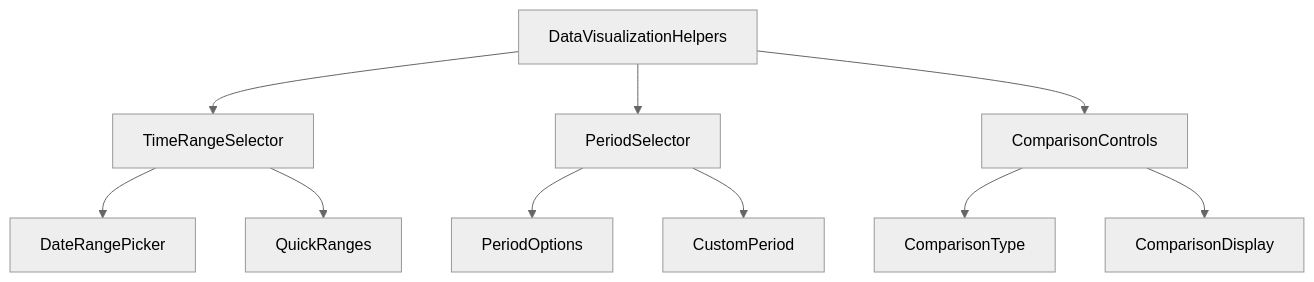
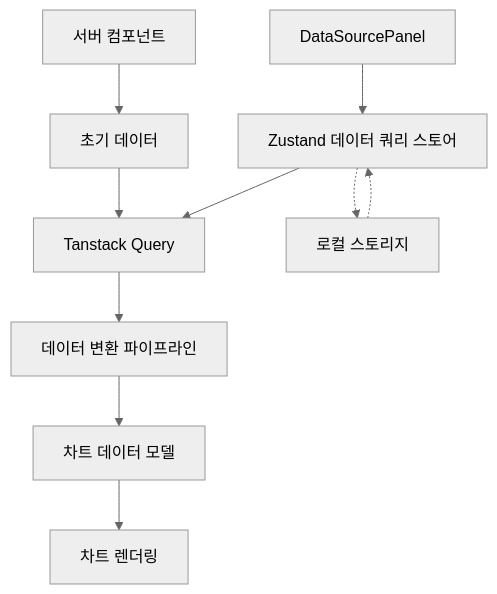
Before and after one commit to Seungwoo321/etorch-docs: the eighth of 14 diagrams in frontend/components/core-components.md, drawn with Mermaid (neutral theme). The commit also changed other lines of this file, not shown here.

Commit message:
docs: 핵심 컴포넌트 설계 문서 수정

````diff
--- a/frontend/components/core-components.md
+++ b/frontend/components/core-components.md
@@ -225,15 +396,14 @@
 ```mermaid
 flowchart TD
-    A[DataVisualizationHelpers] --> B[TimeRangeSelector]
-    A --> C[PeriodSelector]
-    A --> D[ComparisonControls]
+    A[DataSourcePanel] --> B[Zustand 데이터 쿼리 스토어]
+    B --> C[Tanstack Query]
+    C --> D[데이터 변환 파이프라인]
+    D --> E[차트 데이터 모델]
+    E --> F[차트 렌더링]
     
-    B --> B1[DateRangePicker]
-    B --> B2[QuickRanges]
+    B -.-> G[로컬 스토리지]
+    G -.-> B
     
-    C --> C1[PeriodOptions]
-    C --> C2[CustomPeriod]
-    
-    D --> D1[ComparisonType]
-    D --> D2[ComparisonDisplay]
+    H[서버 컴포넌트] --> I[초기 데이터]
+    I --> C
 ```
````
